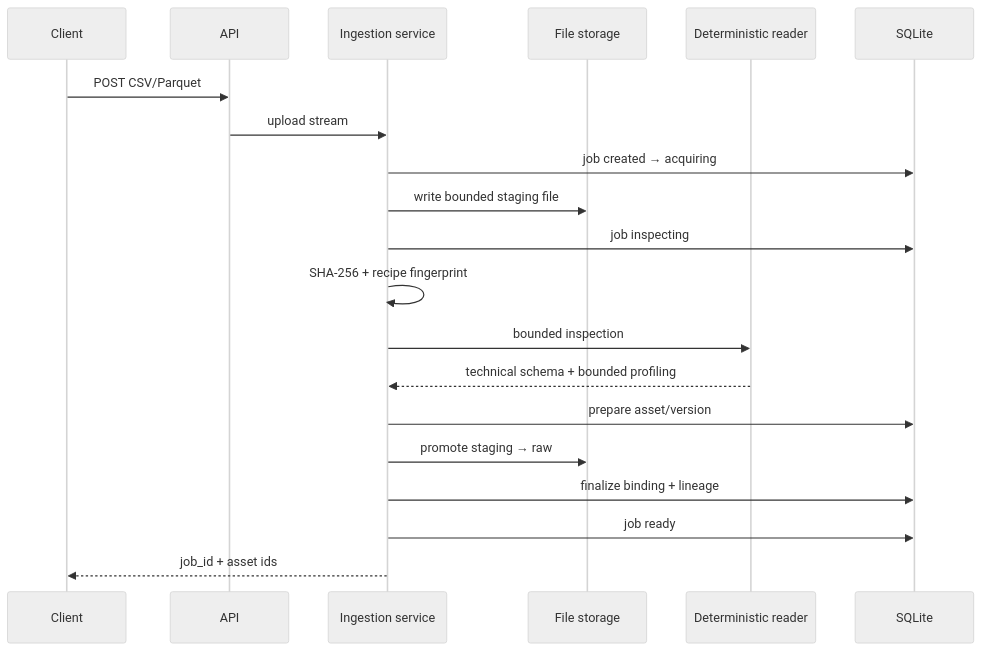
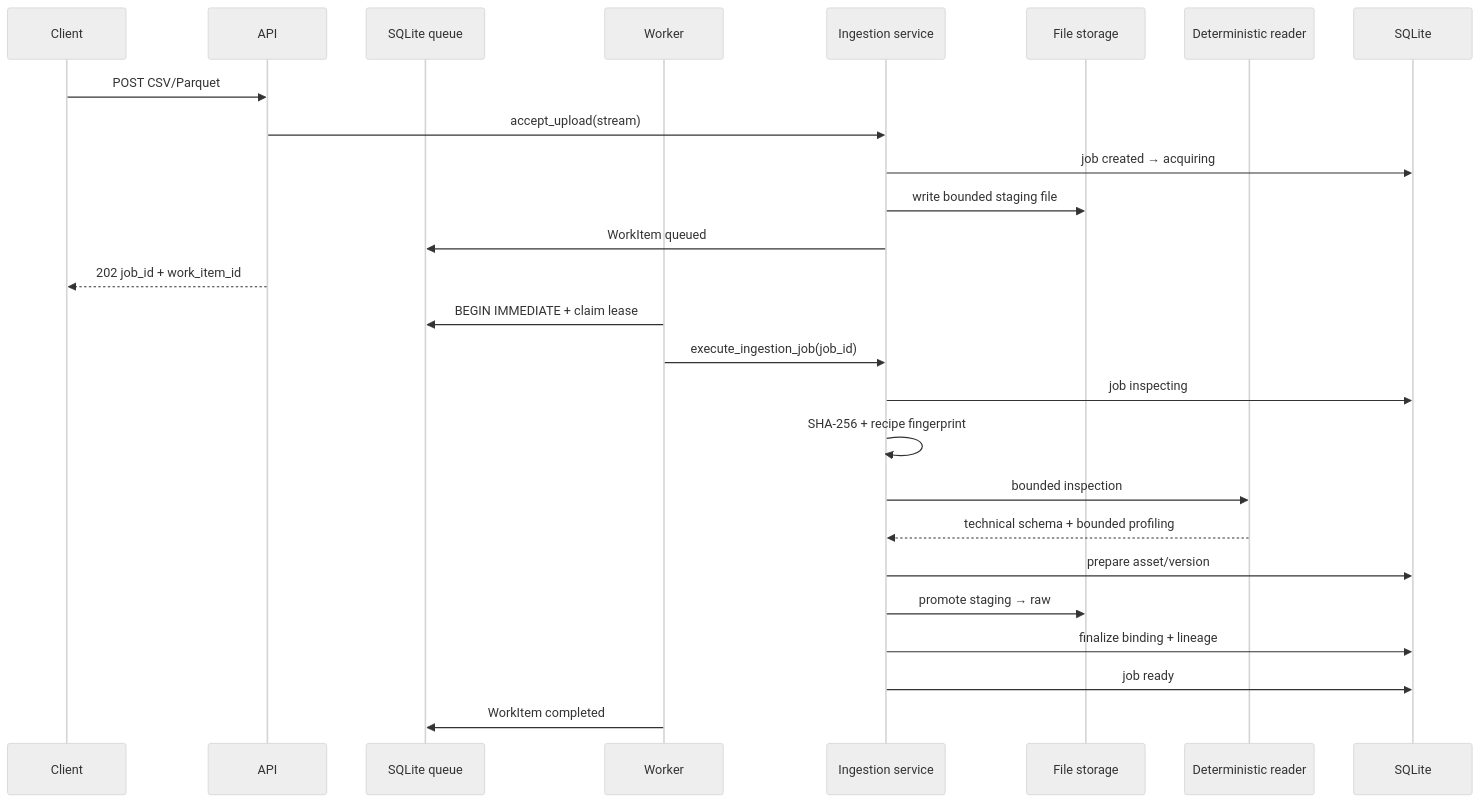
One commit to pyxidious/queryX changed the second of 3 diagrams in README.md. Above: the diagram before and after it, drawn with Mermaid (neutral theme). The commit also changed other lines of this file and 20 other files, not shown here.

````diff
--- a/README.md
+++ b/README.md
@@ -100,22 +108,28 @@
 ```mermaid
 sequenceDiagram
     participant C as Client
     participant A as API
+    participant Q as SQLite queue
+    participant W as Worker
     participant S as Ingestion service
     participant F as File storage
     participant R as Deterministic reader
     participant D as SQLite
     C->>A: POST CSV/Parquet
-    A->>S: upload stream
+    A->>S: accept_upload(stream)
     S->>D: job created → acquiring
     S->>F: write bounded staging file
+    S->>Q: WorkItem queued
+    A-->>C: 202 job_id + work_item_id
+    W->>Q: BEGIN IMMEDIATE + claim lease
+    W->>S: execute_ingestion_job(job_id)
     S->>D: job inspecting
     S->>S: SHA-256 + recipe fingerprint
     S->>R: bounded inspection
     R-->>S: technical schema + bounded profiling
     S->>D: prepare asset/version
     S->>F: promote staging → raw
     S->>D: finalize binding + lineage
     S->>D: job ready
-    S-->>C: job_id + asset ids
+    W->>Q: WorkItem completed
 ```
````
